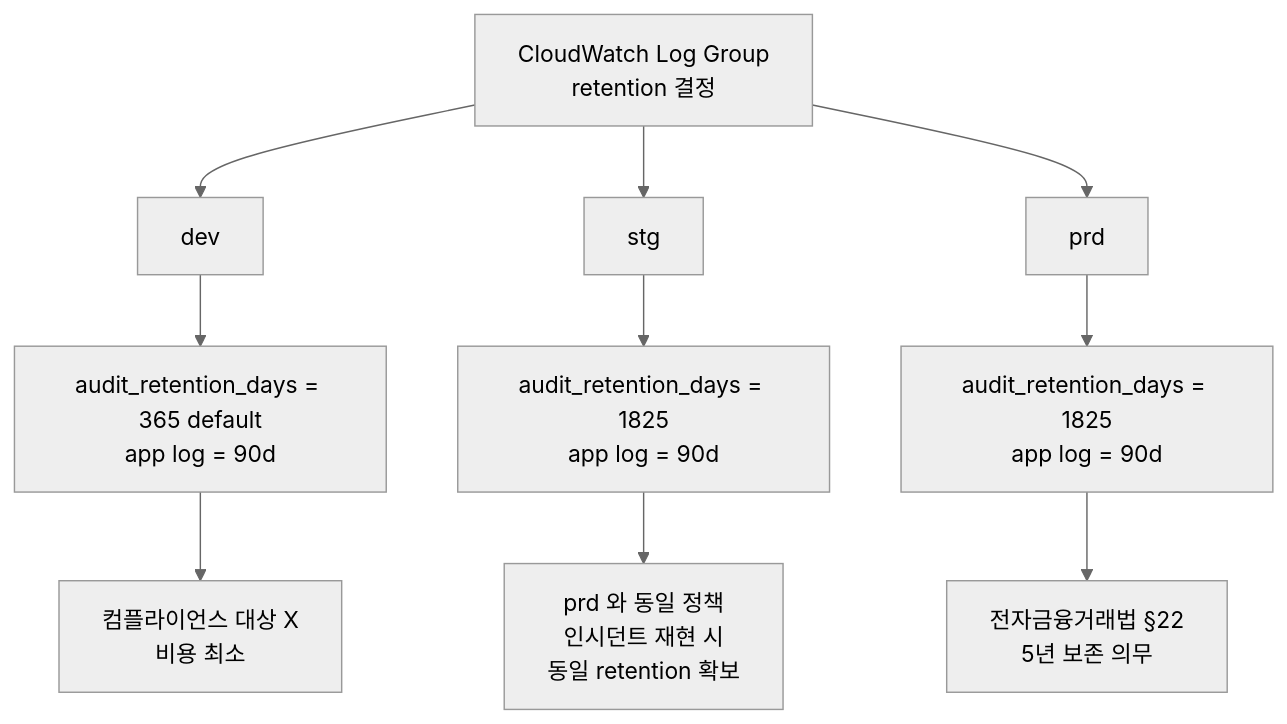
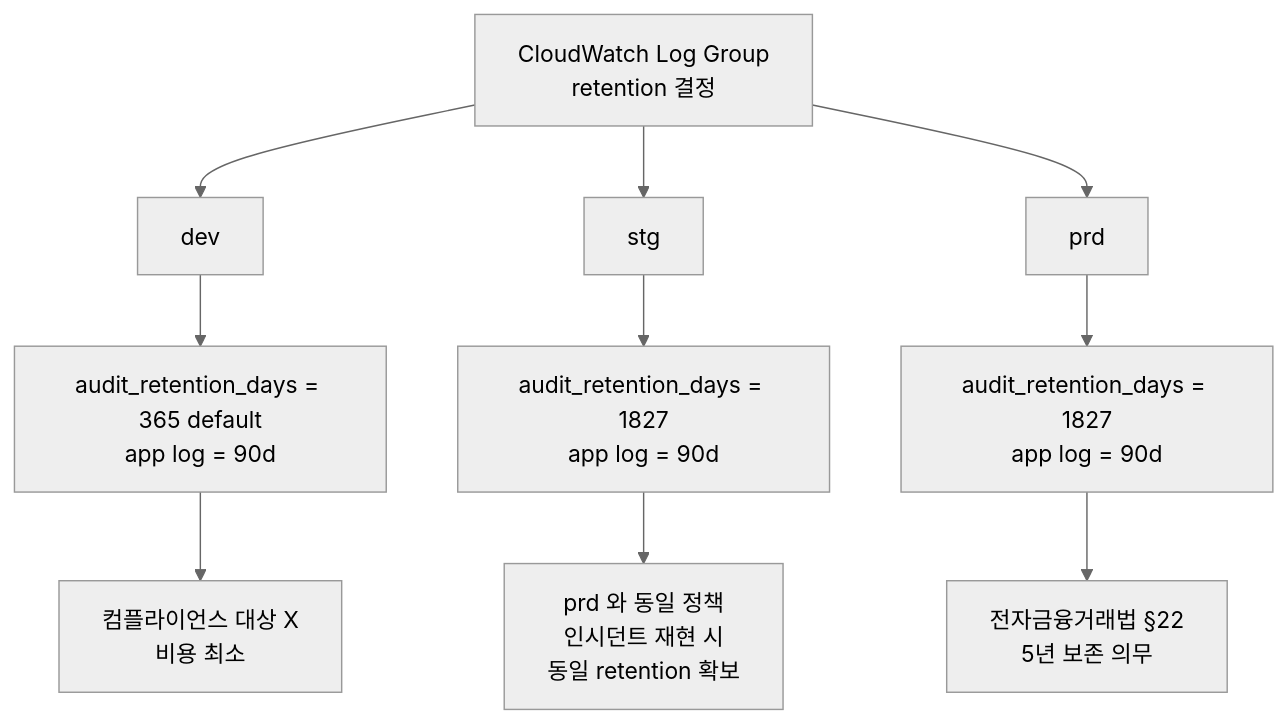
Before and after one commit to Atom-oh/call-center-admin: the second of 2 diagrams in docs/decisions/ADR-012-audit-log-retention-5-years.md, drawn with Mermaid (neutral theme). The commit also changed other lines of this file and 2 other files, not shown here.

First line of the commit message:
fix(retention): audit_retention_days 1825 → 1827 (CW valid value)

````diff
--- a/docs/decisions/ADR-012-audit-log-retention-5-years.md
+++ b/docs/decisions/ADR-012-audit-log-retention-5-years.md
@@ -54,16 +54,16 @@
 ```mermaid
 flowchart TD
     Q[CloudWatch Log Group<br/>retention 결정]
 
     Q --> DEV[dev]
     DEV --> DEV1[audit_retention_days = 365 default<br/>app log = 90d]
     DEV1 --> DEV2[컴플라이언스 대상 X<br/>비용 최소]
 
     Q --> STG[stg]
-    STG --> STG1[audit_retention_days = 1825<br/>app log = 90d]
+    STG --> STG1[audit_retention_days = 1827<br/>app log = 90d]
     STG1 --> STG2[prd 와 동일 정책<br/>인시던트 재현 시<br/>동일 retention 확보]
 
     Q --> PRD[prd]
-    PRD --> PRD1[audit_retention_days = 1825<br/>app log = 90d]
+    PRD --> PRD1[audit_retention_days = 1827<br/>app log = 90d]
     PRD1 --> PRD2[전자금융거래법 §22<br/>5년 보존 의무]
 ```
````
